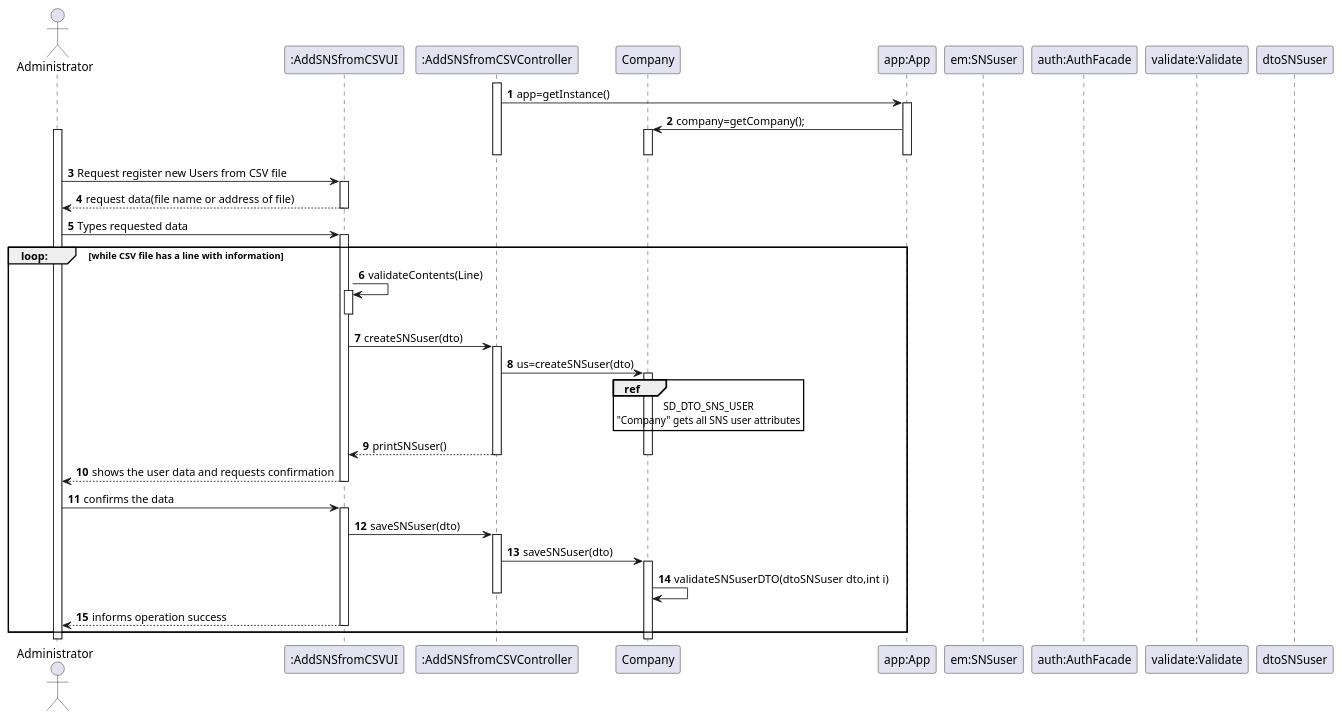
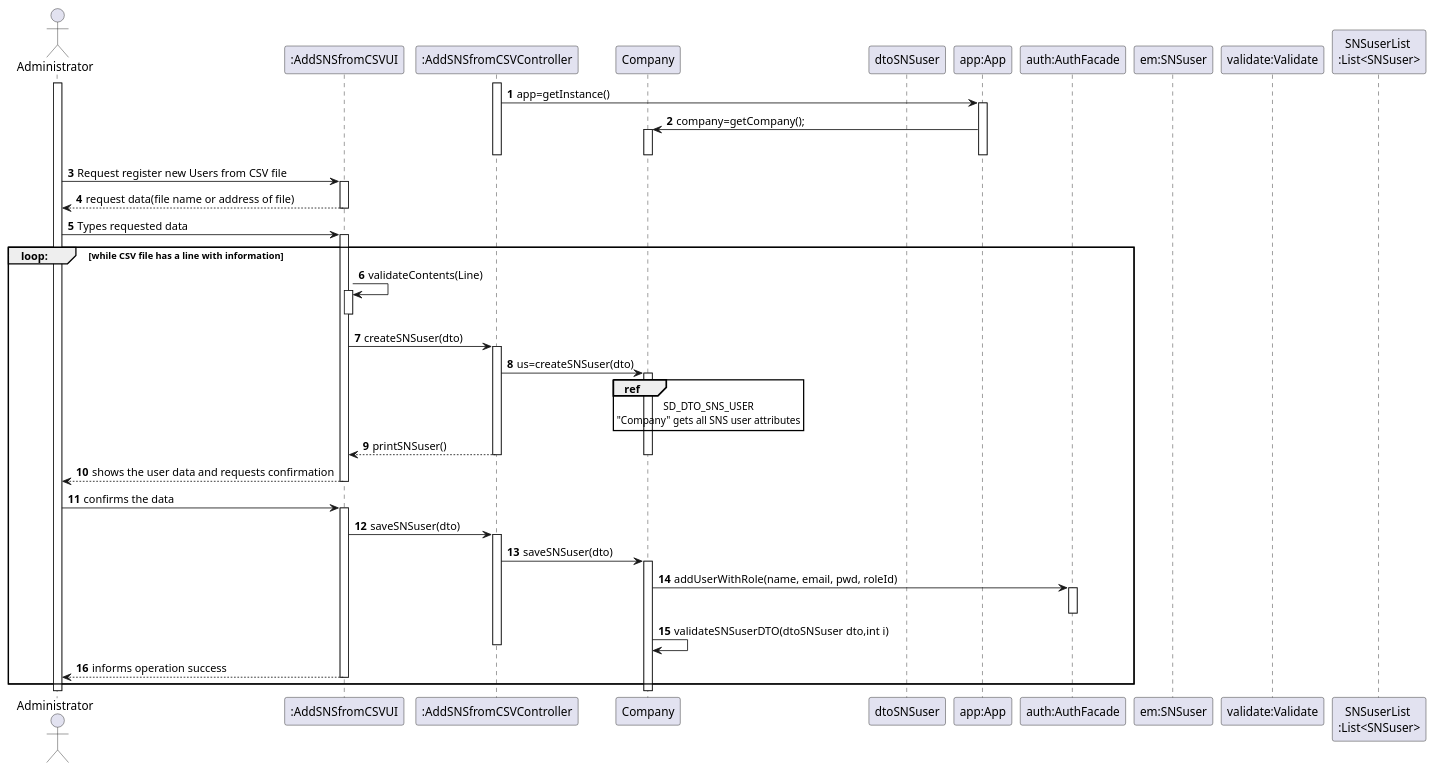
One commit to osnilas/SNSsystem changed the diagram in docs/SprintC/US014/US014_SD.puml. Above: the diagram before and after it, drawn with PlantUML. The commit also changed 12 other files, not shown here.

```diff
--- a/docs/SprintC/US014/US014_SD.puml
+++ b/docs/SprintC/US014/US014_SD.puml
@@ -1,66 +1,68 @@
 @startuml
 'https://plantuml.com/class-diagram
 
 autonumber
     actor "Administrator" as ADM
 
     participant ":AddSNSfromCSVUI" as UI
     participant ":AddSNSfromCSVController" as  CTRL
     participant "Company" as COMP
     participant "dtoSNSuser" as DTO
     participant "app:App" as APP
+    participant "auth:AuthFacade" as AUTH
     participant "em:SNSuser" as SNS
+    participant "validate:Validate" as VALID
+    participant "SNSuserList \n:List<SNSuser>"
 
-    participant "auth:AuthFacade" as AUTH
-    participant "validate:Validate" as VALID
-    participant "dtoSNSuser" as DTO
-
+        activate ADM
        activate CTRL
        CTRL->APP: app=getInstance()
        activate APP
        APP->COMP: company=getCompany();
        activate COMP
        deactivate COMP
        deactivate APP
        deactivate CTRL
-       activate ADM
        ADM -> UI: Request register new Users from CSV file
        activate UI
        UI --> ADM: request data(file name or address of file)
        deactivate UI
        UI <- ADM: Types requested data
 
        activate UI
 
        group loop: [while CSV file has a line with information]
        UI->UI:validateContents(Line)
        activate UI
        deactivate UI
        UI->CTRL: createSNSuser(dto)
        activate CTRL
        CTRL->COMP: us=createSNSuser(dto)
        activate COMP
        ref over COMP
          SD_DTO_SNS_USER
          "Company" gets all SNS user attributes
        end reF
        CTRL-->UI: printSNSuser()
        deactivate COMP
        deactivate CTRL
        ADM <-- UI: shows the user data and requests confirmation
        deactivate UI
 
        ADM -> UI: confirms the data
        activate UI
        UI->CTRL:saveSNSuser(dto)
        activate CTRL
        CTRL->COMP:saveSNSuser(dto)
        activate COMP
+       COMP->AUTH:addUserWithRole(name, email, pwd, roleId)
+       activate AUTH
+       deactivate AUTH
        COMP->COMP:validateSNSuserDTO(dtoSNSuser dto,int i)
        deactivate CTRL
 
 
        ADM <-- UI: informs operation success
        deactivate UI
        end
        @enduml
```
